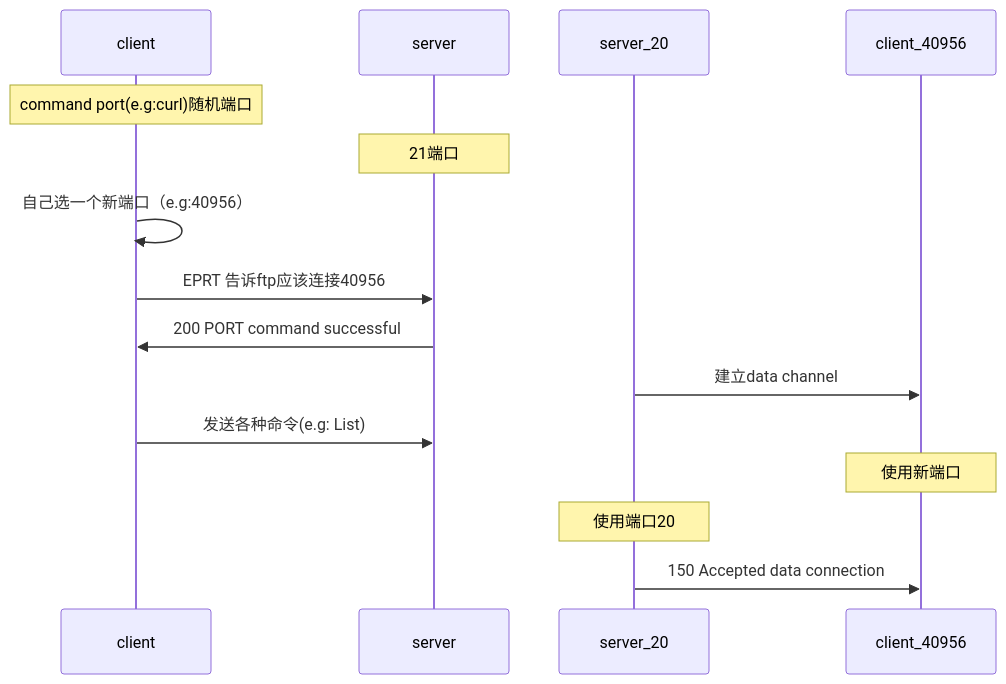
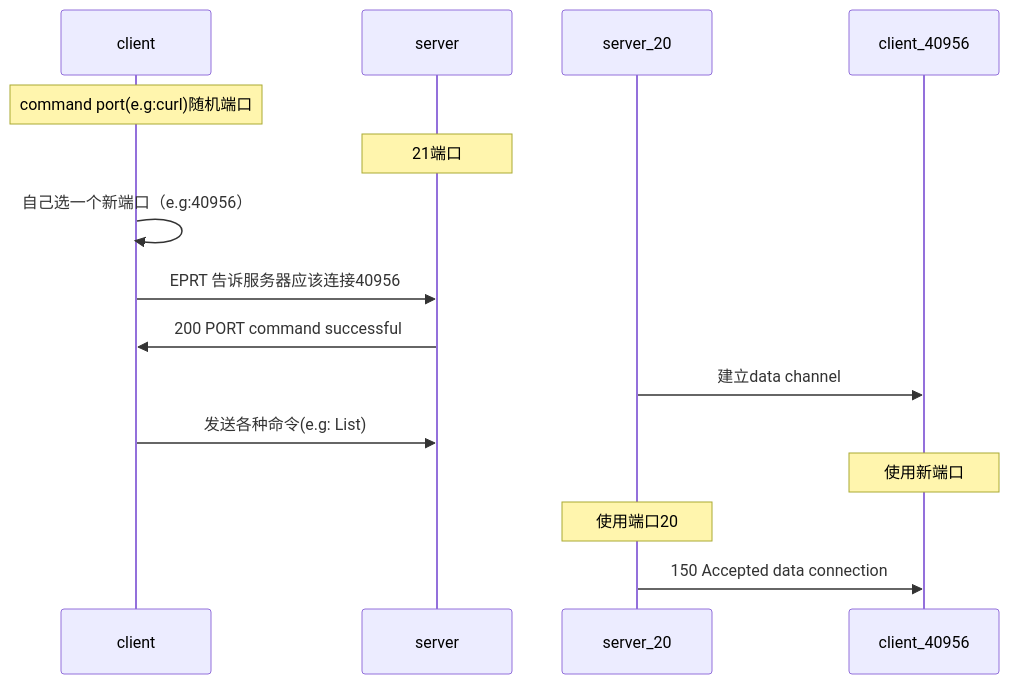
One commit to caliburn1994/caliburn1994.github.io changed the second of 3 diagrams in article/_posts/Linux/2020-10-05-FTP.md. Above: the diagram before and after it, drawn with Mermaid. The commit also changed other lines of this file, not shown here.

````diff
--- a/article/_posts/Linux/2020-10-05-FTP.md
+++ b/article/_posts/Linux/2020-10-05-FTP.md
@@ -54,16 +72,16 @@
 ```mermaid
 sequenceDiagram
 	Note over client: command port(e.g:curl)随机端口
 	Note over server: 21端口
 	client->>client: 自己选一个新端口（e.g:40956）
-    client->>server: EPRT 告诉ftp应该连接40956
+    client->>server: EPRT 告诉服务器应该连接40956
     server->>client:  200 PORT command successful
     
     server_20->>client_40956: 建立data channel
     
     client->>server: 发送各种命令(e.g: List)   
     
     Note over client_40956: 使用新端口
     Note over server_20: 使用端口20
     server_20->>client_40956: 150 Accepted data connection
 ```
````
